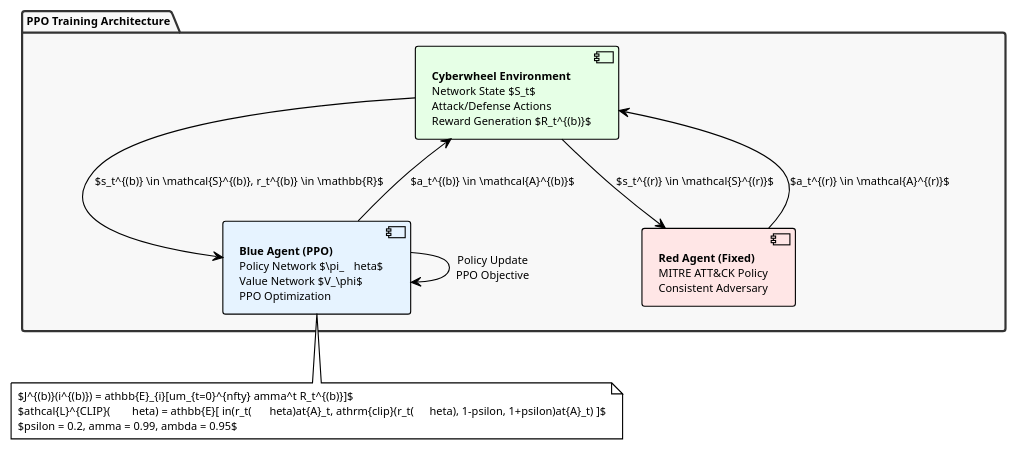
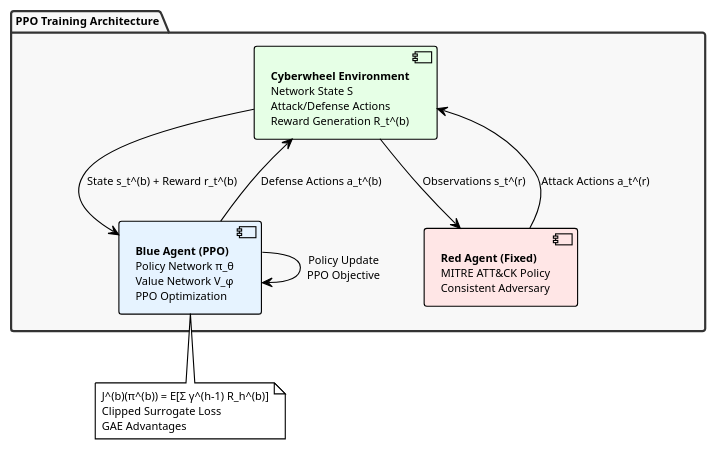
Before and after one commit to miracle078/cyberwheel-IX: the diagram in research_docs/plantuml_diagrams/tikz_to_plantuml_conversion/ppo_architecture_new.puml, drawn with PlantUML. The commit also changed 472 other files, not shown here.

```diff
--- a/research_docs/plantuml_diagrams/tikz_to_plantuml_conversion/ppo_architecture_new.puml
+++ b/research_docs/plantuml_diagrams/tikz_to_plantuml_conversion/ppo_architecture_new.puml
@@ -1,30 +1,30 @@
-@startuml ppo_architecture_enhanced
+@startuml ppo_architecture_new
 !theme plain
 skinparam backgroundColor #FFFFFF
 skinparam defaultFontName Arial
 skinparam defaultFontSize 10
 
 skinparam package {
   BackgroundColor #F8F8F8
   BorderColor #333333
   BorderThickness 2
 }
 
 package "PPO Training Architecture" {
-  component [**Cyberwheel Environment**\nNetwork State $S_t$\nAttack/Defense Actions\nReward Generation $R_t^{(b)}$] as Environment #E6FFE6
+  component [**Cyberwheel Environment**\nNetwork State S\nAttack/Defense Actions\nReward Generation R_t^(b)] as Environment #E6FFE6
 
-  component [**Blue Agent (PPO)**\nPolicy Network $\pi_\theta$\nValue Network $V_\phi$\nPPO Optimization] as BlueAgent #E6F3FF
+  component [**Blue Agent (PPO)**\nPolicy Network π_θ\nValue Network V_φ\nPPO Optimization] as BlueAgent #E6F3FF
 
   component [**Red Agent (Fixed)**\nMITRE ATT&CK Policy\nConsistent Adversary] as RedAgent #FFE6E6
 }
 
-BlueAgent --> Environment : $a_t^{(b)} \in \mathcal{A}^{(b)}$
-Environment --> BlueAgent : $s_t^{(b)} \in \mathcal{S}^{(b)}, r_t^{(b)} \in \mathbb{R}$
-RedAgent --> Environment : $a_t^{(r)} \in \mathcal{A}^{(r)}$
-Environment --> RedAgent : $s_t^{(r)} \in \mathcal{S}^{(r)}$
+BlueAgent --> Environment : Defense Actions a_t^(b)
+Environment --> BlueAgent : State s_t^(b) + Reward r_t^(b)
+RedAgent --> Environment : Attack Actions a_t^(r)
+Environment --> RedAgent : Observations s_t^(r)
 
 BlueAgent --> BlueAgent : Policy Update\nPPO Objective
 
-note bottom of BlueAgent : $J^{(b)}(\pi^{(b)}) = \mathbb{E}_{\pi}[\sum_{t=0}^{\infty} \gamma^t R_t^{(b)}]$\n$\mathcal{L}^{CLIP}(\theta) = \mathbb{E}[ \min(r_t(\theta)\hat{A}_t, \mathrm{clip}(r_t(\theta), 1-\epsilon, 1+\epsilon)\hat{A}_t) ]$\n$\epsilon = 0.2, \gamma = 0.99, \lambda = 0.95$
+note bottom of BlueAgent : J^(b)(π^(b)) = E[Σ γ^(h-1) R_h^(b)]\nClipped Surrogate Loss\nGAE Advantages
 
 @enduml
```
